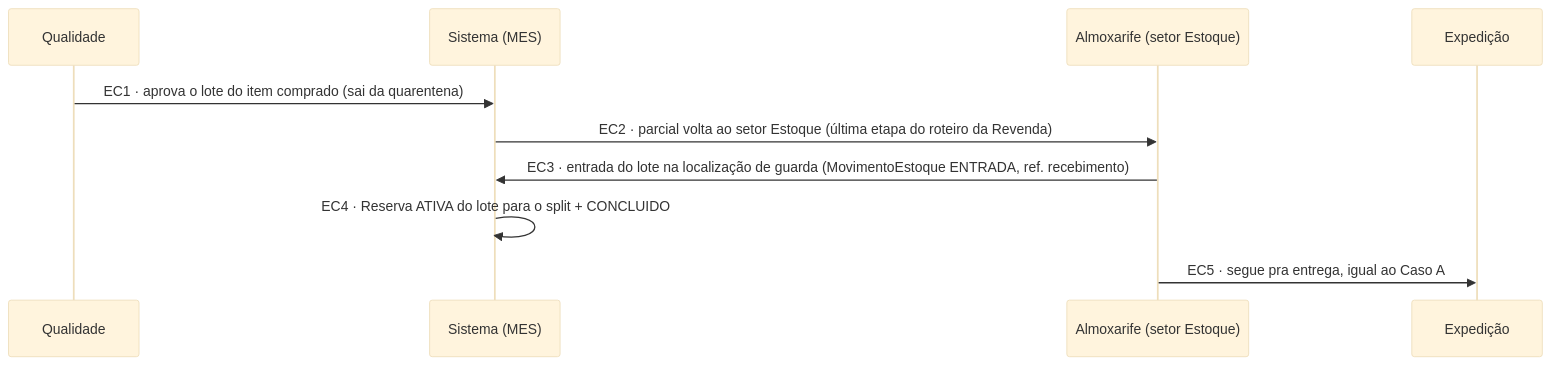
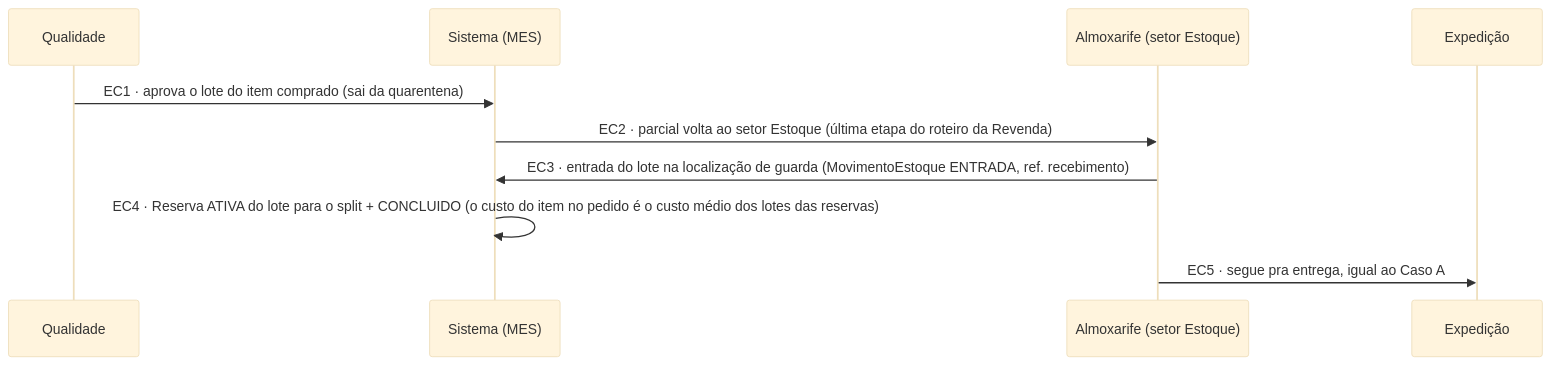
One commit to Acosvital/vault-avhub-mer changed the second of 3 diagrams in 02-PRD-Estoque/Fluxo-Estoque-Completo.md. Above: the diagram before and after it, drawn with Mermaid (base theme). The commit also changed 7 other files, not shown here.

First line of the commit message:
docs(vault): custo do lote nos fluxogramas, fluxos de Compras/Recebimento/Estoque, UML e Rota-Revenda

````diff
--- a/02-PRD-Estoque/Fluxo-Estoque-Completo.md
+++ b/02-PRD-Estoque/Fluxo-Estoque-Completo.md
@@ -73,13 +73,13 @@
 ```mermaid
 sequenceDiagram
     participant Qual as Qualidade
     participant Sist as Sistema (MES)
     participant Alm as Almoxarife (setor Estoque)
     participant Exp as Expedição
 
     Qual->>Sist: EC1 · aprova o lote do item comprado (sai da quarentena)
     Sist->>Alm: EC2 · parcial volta ao setor Estoque (última etapa do roteiro da Revenda)
     Alm->>Sist: EC3 · entrada do lote na localização de guarda (MovimentoEstoque ENTRADA, ref. recebimento)
-    Sist->>Sist: EC4 · Reserva ATIVA do lote para o split + CONCLUIDO
+    Sist->>Sist: EC4 · Reserva ATIVA do lote para o split + CONCLUIDO (o custo do item no pedido é o custo médio dos lotes das reservas)
     Alm->>Exp: EC5 · segue pra entrega, igual ao Caso A
 ```
````
